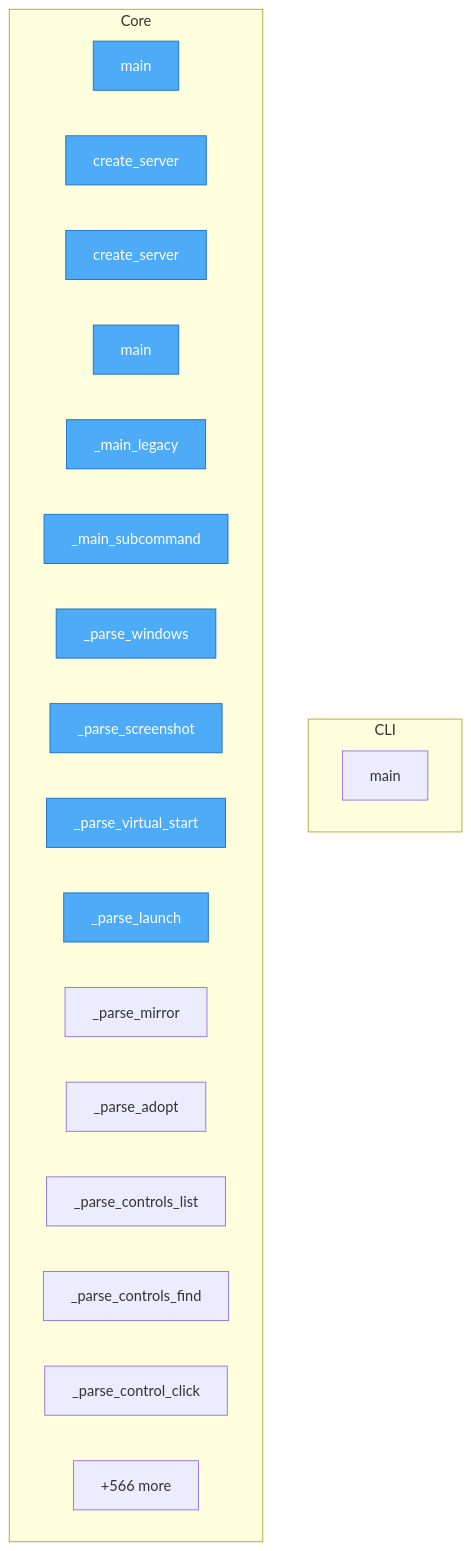
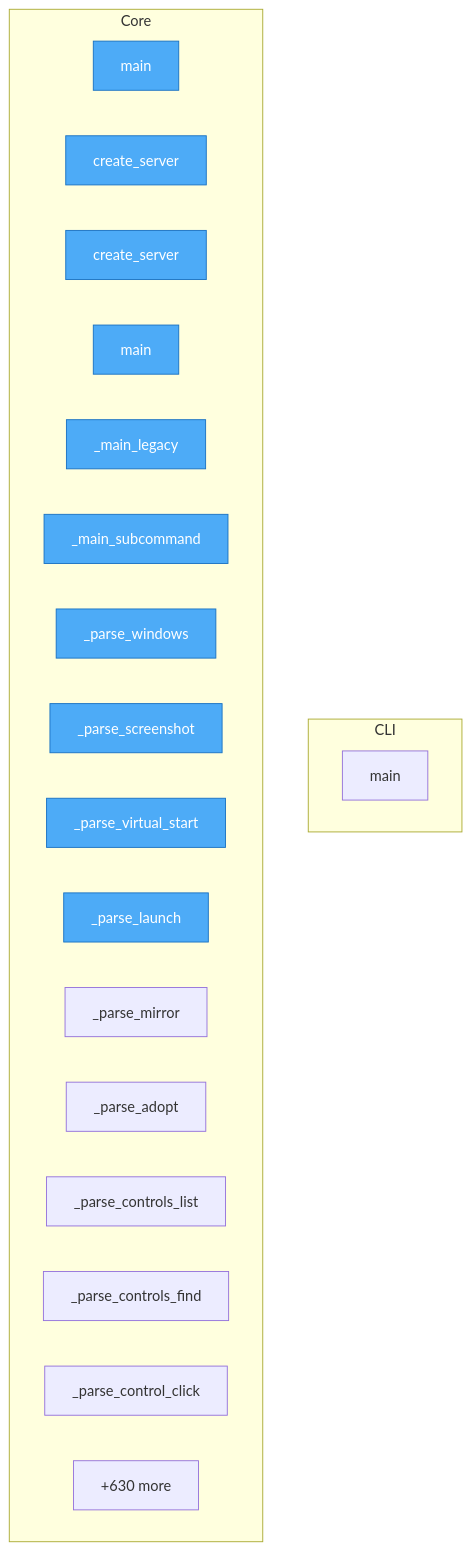
Before and after one commit to wronai/vdisplay: the diagram in project/flow.mmd, drawn with Mermaid. The commit also changed 69 other files, not shown here.

```diff
--- a/project/flow.mmd
+++ b/project/flow.mmd
@@ -1,30 +1,30 @@
 flowchart TD
-%% generated in 0.10s
+%% generated in 0.14s
 
     %% Entry points (blue)
     classDef entry fill:#4dabf7,stroke:#1971c2,color:#fff
 
     subgraph CLI
         packages__cli2vdisplay__src__cli2vdisplay__cli__main["main"]
     end
 
     subgraph Core
         packages__mcp2vdisplay__src__mcp2vdisplay__cli__main["main"]
         packages__mcp2vdisplay__src__mcp2vdisplay__cli__create_server["create_server"]
         packages__mcp2vdisplay__src__mcp2vdisplay__server__create_server["create_server"]
         packages__dsl2vdisplay__src__dsl2vdisplay__cli__main["main"]
         packages__dsl2vdisplay__src__dsl2vdisplay__cli___main_legacy["_main_legacy"]
         packages__dsl2vdisplay__src__dsl2vdisplay__cli___main_subcommand["_main_subcommand"]
         packages__dsl2vdisplay__src__dsl2vdisplay__grammar___parse_windows["_parse_windows"]
         packages__dsl2vdisplay__src__dsl2vdisplay__grammar___parse_screenshot["_parse_screenshot"]
         packages__dsl2vdisplay__src__dsl2vdisplay__grammar___parse_virtual_start["_parse_virtual_start"]
         packages__dsl2vdisplay__src__dsl2vdisplay__grammar___parse_launch["_parse_launch"]
         packages__dsl2vdisplay__src__dsl2vdisplay__grammar___parse_mirror["_parse_mirror"]
         packages__dsl2vdisplay__src__dsl2vdisplay__grammar___parse_adopt["_parse_adopt"]
         packages__dsl2vdisplay__src__dsl2vdisplay__grammar___parse_controls_list["_parse_controls_list"]
         packages__dsl2vdisplay__src__dsl2vdisplay__grammar___parse_controls_find["_parse_controls_find"]
         packages__dsl2vdisplay__src__dsl2vdisplay__grammar___parse_control_click["_parse_control_click"]
-        ...["+566 more"]
+        ...["+630 more"]
     end
 
     class packages__mcp2vdisplay__src__mcp2vdisplay__cli__main,packages__mcp2vdisplay__src__mcp2vdisplay__cli__create_server,packages__mcp2vdisplay__src__mcp2vdisplay__server__create_server,packages__dsl2vdisplay__src__dsl2vdisplay__cli__main,packages__dsl2vdisplay__src__dsl2vdisplay__cli___main_legacy,packages__dsl2vdisplay__src__dsl2vdisplay__cli___main_subcommand,packages__dsl2vdisplay__src__dsl2vdisplay__grammar___parse_windows,packages__dsl2vdisplay__src__dsl2vdisplay__grammar___parse_screenshot,packages__dsl2vdisplay__src__dsl2vdisplay__grammar___parse_virtual_start,packages__dsl2vdisplay__src__dsl2vdisplay__grammar___parse_launch entry
```
